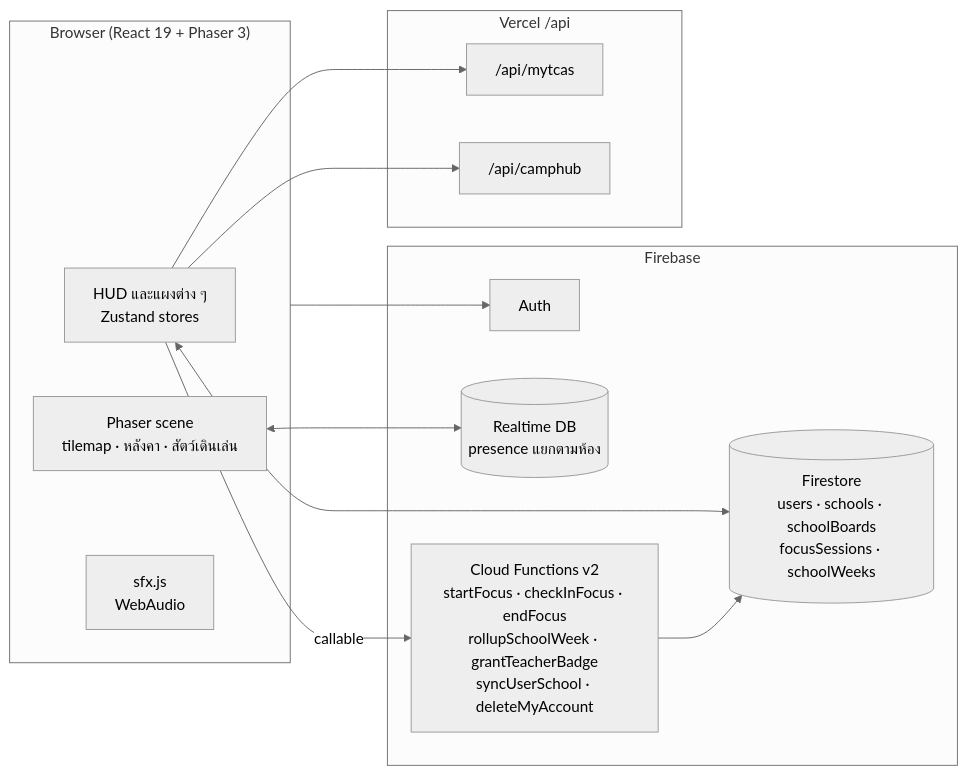
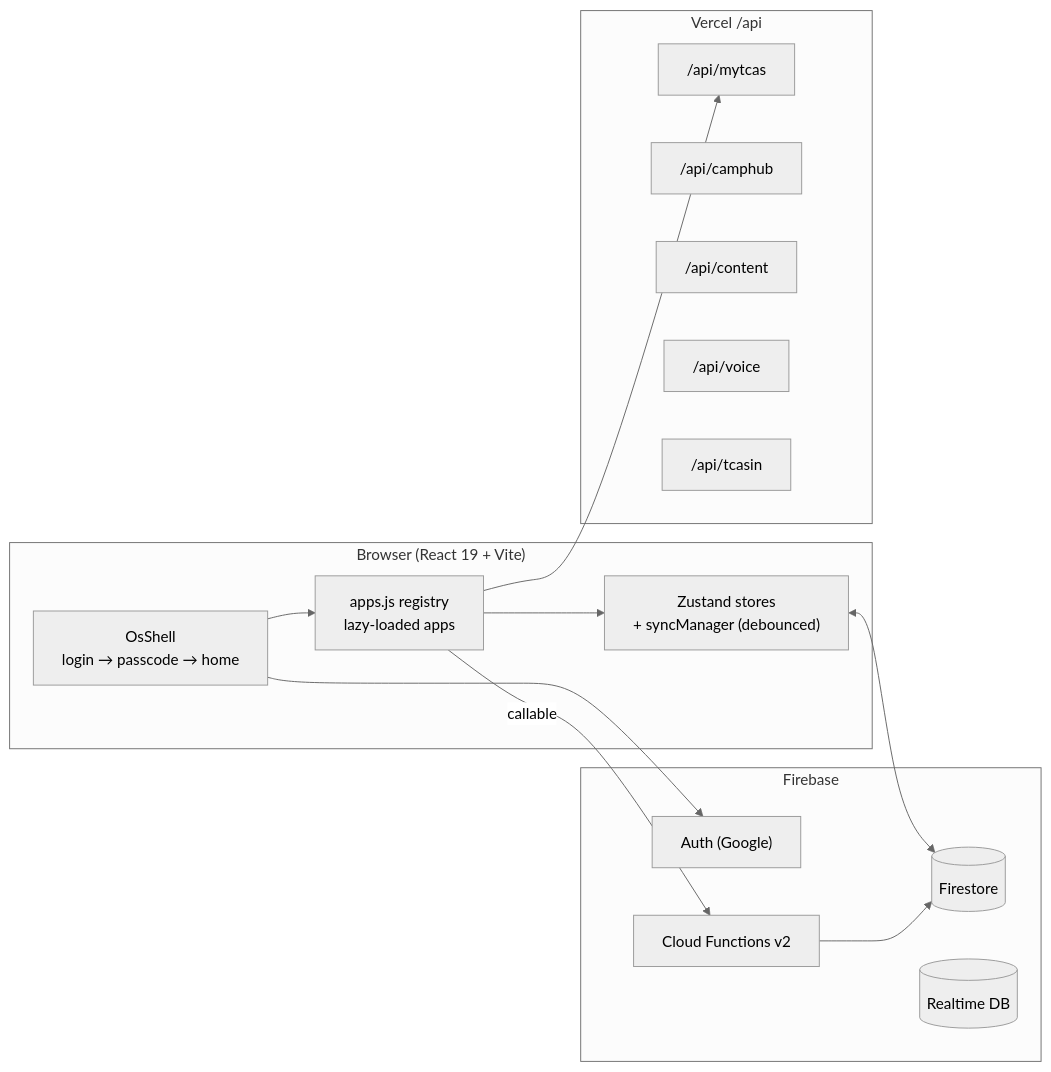
Before and after one commit to Su-Korawit/Roller-Coaster-Dot-To-Dearm: the diagram in README.md, drawn with Mermaid (neutral theme). The commit also changed other lines of this file and 3 other files, not shown here.

````diff
--- a/README.md
+++ b/README.md
@@ -53,25 +81,28 @@
 ```mermaid
 flowchart LR
-  subgraph Client["Browser (React 19 + Phaser 3)"]
-    UI["HUD และแผงต่าง ๆ<br/>Zustand stores"]
-    Game["Phaser scene<br/>tilemap · หลังคา · สัตว์เดินเล่น"]
-    SFX["sfx.js<br/>WebAudio"]
+  subgraph Client["Browser (React 19 + Vite)"]
+    Shell["OsShell<br/>login → passcode → home"]
+    Reg["apps.js registry<br/>lazy-loaded apps"]
+    Stores["Zustand stores<br/>+ syncManager (debounced)"]
   end
   subgraph Firebase
-    Auth["Auth"]
-    FS[("Firestore<br/>users · schools · schoolBoards<br/>focusSessions · schoolWeeks")]
-    RTDB[("Realtime DB<br/>presence แยกตามห้อง")]
-    Fn["Cloud Functions v2<br/>startFocus · checkInFocus · endFocus<br/>rollupSchoolWeek · grantTeacherBadge<br/>syncUserSchool · deleteMyAccount"]
+    Auth["Auth (Google)"]
+    FS[("Firestore")]
+    RTDB[("Realtime DB")]
+    Fn["Cloud Functions v2"]
   end
   subgraph Vercel["Vercel /api"]
     TCAS["/api/mytcas"]
     Camp["/api/camphub"]
+    Content["/api/content"]
+    Voice["/api/voice"]
+    TcasIn["/api/tcasin"]
   end
-  UI <--> FS
-  Game <--> RTDB
-  UI -- callable --> Fn
+  Shell --> Reg
+  Shell --> Auth
+  Reg --> Stores
+  Stores <--> FS
+  Reg --> TCAS
+  Reg -- callable --> Fn
   Fn --> FS
-  UI --> TCAS
-  UI --> Camp
-  Client --> Auth
 ```
````
